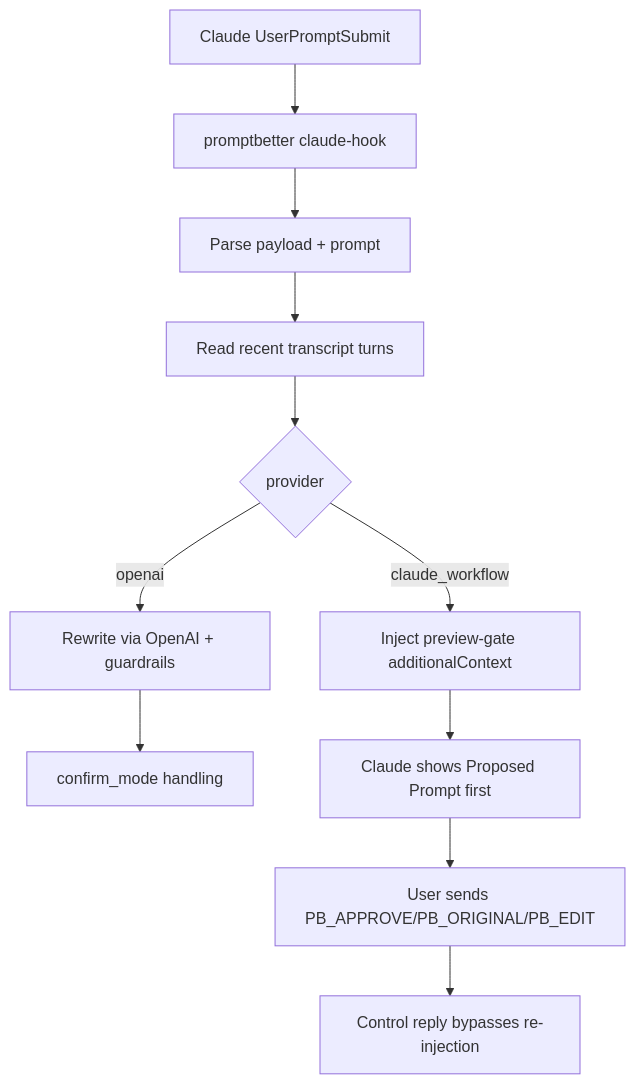
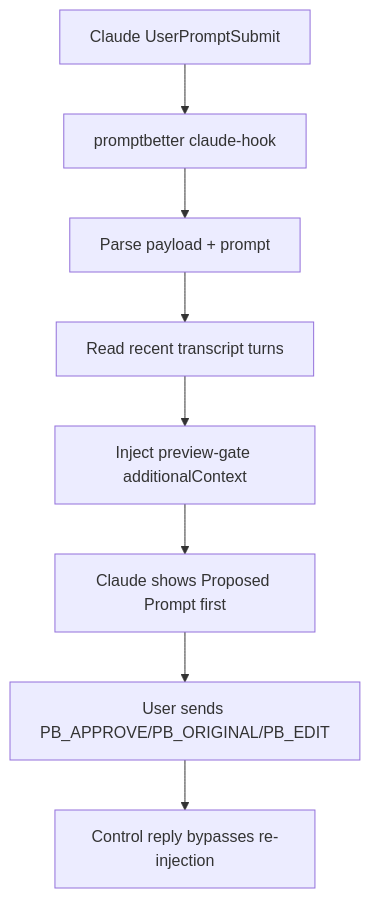
The diagram in docs/architecture.md (anirudhmakhana/promptbetter-claude), drawn with Mermaid before and after one commit. The commit also changed other lines of this file and 12 other files, not shown here.

````diff
--- a/docs/architecture.md
+++ b/docs/architecture.md
@@ -38,13 +35,10 @@
 ```mermaid
 flowchart TD
   A["Claude UserPromptSubmit"] --> B["promptbetter claude-hook"]
   B --> C["Parse payload + prompt"]
   C --> D["Read recent transcript turns"]
-  D --> E{"provider"}
-  E -->|"claude_workflow"| F["Inject preview-gate additionalContext"]
-  E -->|"openai"| G["Rewrite via OpenAI + guardrails"]
-  G --> H["confirm_mode handling"]
-  F --> I["Claude shows Proposed Prompt first"]
-  I --> J["User sends PB_APPROVE/PB_ORIGINAL/PB_EDIT"]
-  J --> K["Control reply bypasses re-injection"]
+  D --> E["Inject preview-gate additionalContext"]
+  E --> F["Claude shows Proposed Prompt first"]
+  F --> G["User sends PB_APPROVE/PB_ORIGINAL/PB_EDIT"]
+  G --> H["Control reply bypasses re-injection"]
 ```
````
